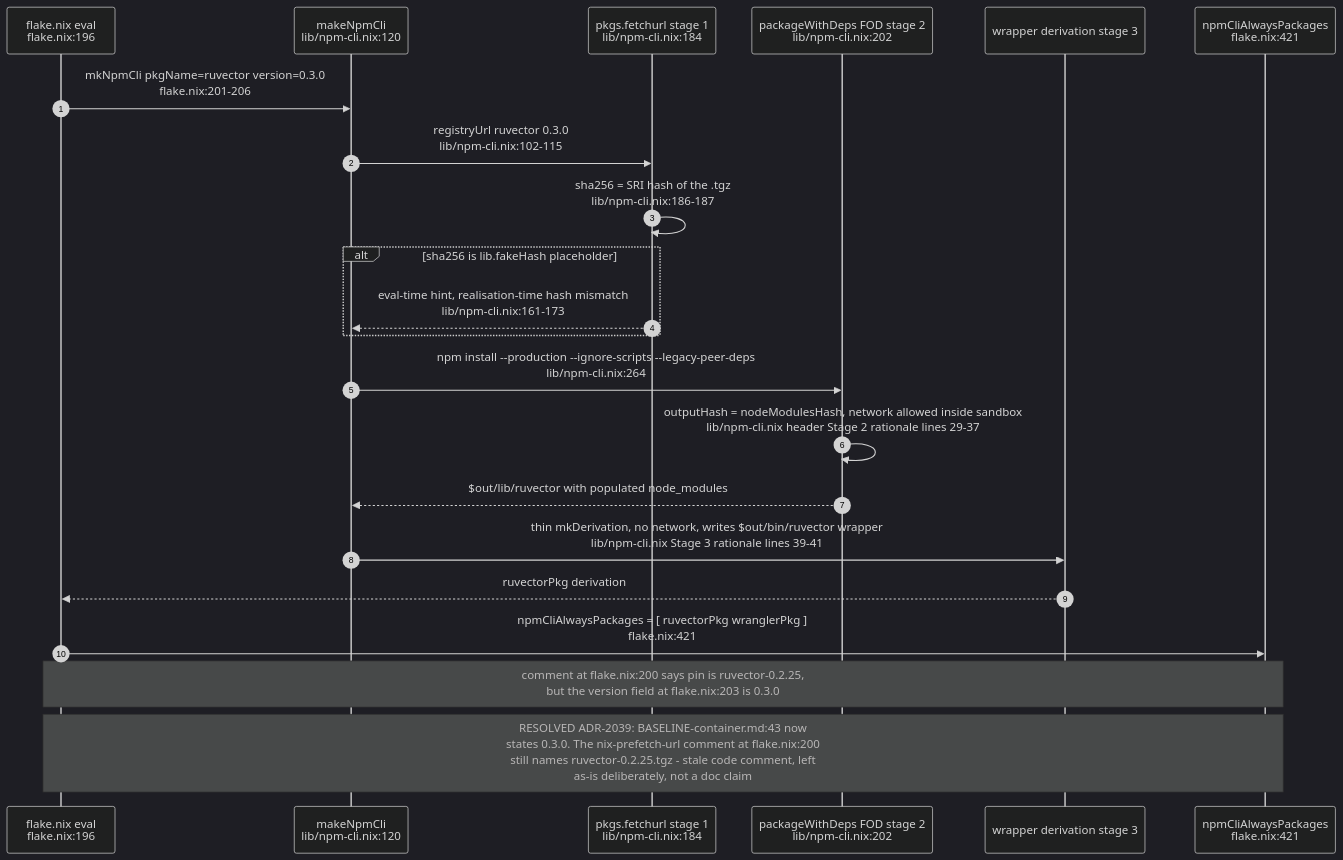
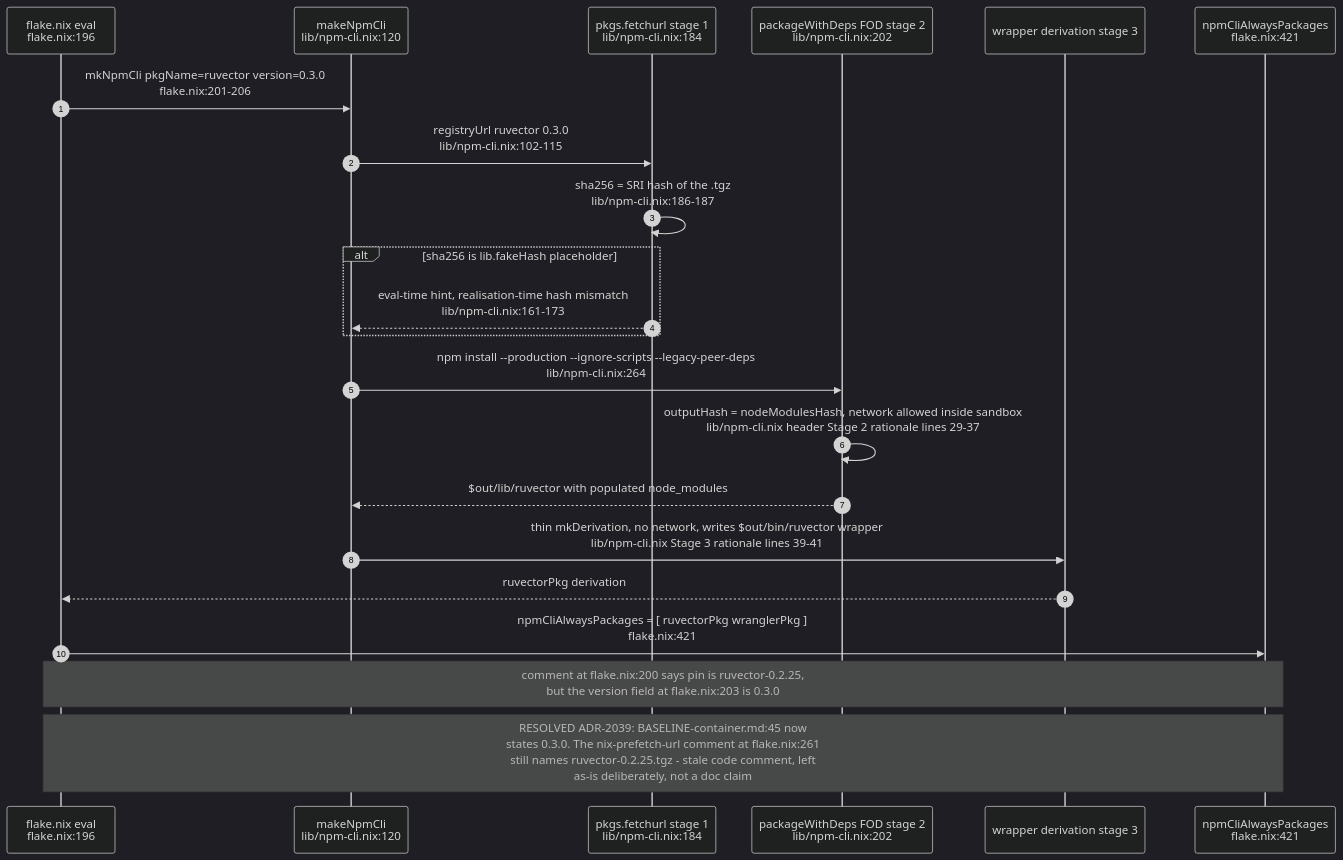
The fifth of 11 diagrams in docs/diagrams/agentbox/01-nix-flake-composition.md (DreamLab-AI/VisionFlow), drawn with Mermaid (dark theme) before and after one commit. The commit also changed other lines of this file and 185 other files, not shown here.

Commit message:
docs(estate): reconcile diagrams and ADRs with source and define closeout sprint

````diff
--- a/docs/diagrams/agentbox/01-nix-flake-composition.md
+++ b/docs/diagrams/agentbox/01-nix-flake-composition.md
@@ -206,25 +207,25 @@
 ```mermaid
 sequenceDiagram
     autonumber
     participant FLAKE as flake.nix eval<br/>flake.nix:196
     participant MK as makeNpmCli<br/>lib/npm-cli.nix:120
     participant FETCH as pkgs.fetchurl stage 1<br/>lib/npm-cli.nix:184
     participant FOD as packageWithDeps FOD stage 2<br/>lib/npm-cli.nix:202
     participant WRAP as wrapper derivation stage 3
     participant ALWAYS as npmCliAlwaysPackages<br/>flake.nix:421
 
     FLAKE->>MK: mkNpmCli pkgName=ruvector version=0.3.0<br/>flake.nix:201-206
     MK->>FETCH: registryUrl ruvector 0.3.0<br/>lib/npm-cli.nix:102-115
     FETCH->>FETCH: sha256 = SRI hash of the .tgz<br/>lib/npm-cli.nix:186-187
     alt sha256 is lib.fakeHash placeholder
         FETCH-->>MK: eval-time hint, realisation-time hash mismatch<br/>lib/npm-cli.nix:161-173
     end
     MK->>FOD: npm install --production --ignore-scripts --legacy-peer-deps<br/>lib/npm-cli.nix:264
     FOD->>FOD: outputHash = nodeModulesHash, network allowed inside sandbox<br/>lib/npm-cli.nix header Stage 2 rationale lines 29-37
     FOD-->>MK: $out/lib/ruvector with populated node_modules
     MK->>WRAP: thin mkDerivation, no network, writes $out/bin/ruvector wrapper<br/>lib/npm-cli.nix Stage 3 rationale lines 39-41
     WRAP-->>FLAKE: ruvectorPkg derivation
     FLAKE->>ALWAYS: npmCliAlwaysPackages = [ ruvectorPkg wranglerPkg ]<br/>flake.nix:421
     Note over FLAKE,ALWAYS: comment at flake.nix:200 says pin is ruvector-0.2.25,<br/>but the version field at flake.nix:203 is 0.3.0
-    Note over FLAKE,ALWAYS: RESOLVED ADR-2039: BASELINE-container.md:43 now<br/>states 0.3.0. The nix-prefetch-url comment at flake.nix:200<br/>still names ruvector-0.2.25.tgz - stale code comment, left<br/>as-is deliberately, not a doc claim
+    Note over FLAKE,ALWAYS: RESOLVED ADR-2039: BASELINE-container.md:45 now<br/>states 0.3.0. The nix-prefetch-url comment at flake.nix:261<br/>still names ruvector-0.2.25.tgz - stale code comment, left<br/>as-is deliberately, not a doc claim
 ```
````
